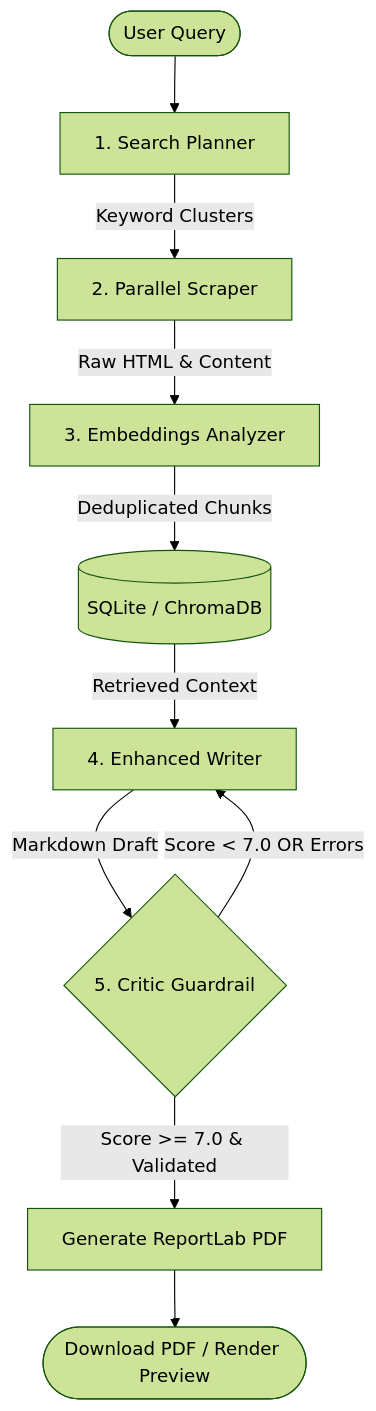
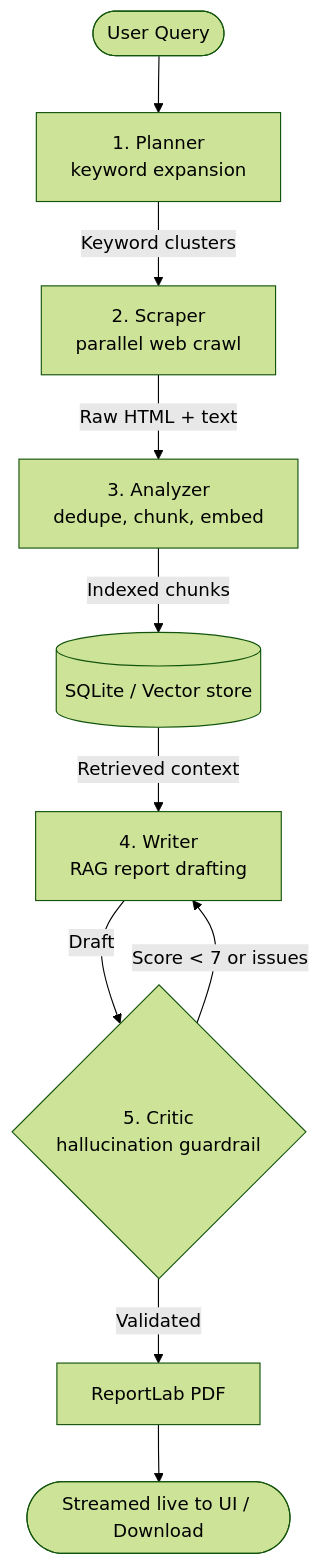
Before and after one commit to abdelrhmanHasaan/ResearchMultiAgentSystem: the diagram in README.md, drawn with Mermaid (forest theme). The commit also changed other lines of this file and 99 other files, not shown here.

First line of the commit message:
refactor: clean layered architecture, pluggable LLM providers, SSE streaming

````diff
--- a/README.md
+++ b/README.md
@@ -11,12 +7,12 @@
 ```mermaid
 graph TD
-    User([User Query]) --> Planner[1. Search Planner]
-    Planner -->|Keyword Clusters| Scraper[2. Parallel Scraper]
-    Scraper -->|Raw HTML & Content| Analyzer[3. Embeddings Analyzer]
-    Analyzer -->|Deduplicated Chunks| DB[(SQLite / ChromaDB)]
-    DB -->|Retrieved Context| Writer[4. Enhanced Writer]
-    Writer -->|Markdown Draft| Critic{5. Critic Guardrail}
-    Critic -->|Score < 7.0 OR Errors| Writer
-    Critic -->|Score >= 7.0 & Validated| PDF[Generate ReportLab PDF]
-    PDF --> End([Download PDF / Render Preview])
+    User([User Query]) --> Planner[1. Planner<br>keyword expansion]
+    Planner -->|Keyword clusters| Scraper[2. Scraper<br>parallel web crawl]
+    Scraper -->|Raw HTML + text| Analyzer[3. Analyzer<br>dedupe, chunk, embed]
+    Analyzer -->|Indexed chunks| DB[(SQLite / Vector store)]
+    DB -->|Retrieved context| Writer[4. Writer<br>RAG report drafting]
+    Writer -->|Draft| Critic{5. Critic<br>hallucination guardrail}
+    Critic -->|Score < 7 or issues| Writer
+    Critic -->|Validated| PDF[ReportLab PDF]
+    PDF --> End([Streamed live to UI / Download])
 ```
````
